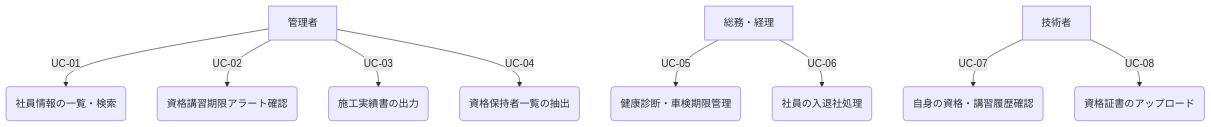
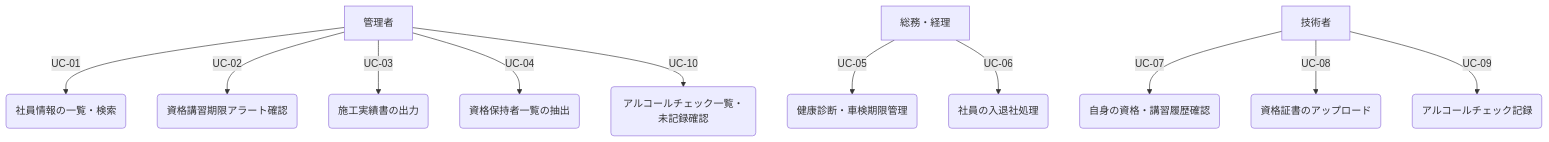
One commit to ayuuum/shinetsu-hochi-system changed the first of 6 diagrams in detailed_prd.md. Above: the diagram before and after it, drawn with Mermaid. The commit also changed other lines of this file and 110 other files, not shown here.

````diff
--- a/detailed_prd.md
+++ b/detailed_prd.md
@@ -51,13 +58,16 @@
 ```mermaid
 graph TD
     A[管理者] -->|UC-01| B(社員情報の一覧・検索)
     A -->|UC-02| C(資格講習期限アラート確認)
     A -->|UC-03| D(施工実績書の出力)
     A -->|UC-04| E(資格保持者一覧の抽出)
     
     F[総務・経理] -->|UC-05| G(健康診断・車検期限管理)
     F -->|UC-06| H(社員の入退社処理)
     
     J[技術者] -->|UC-07| K(自身の資格・講習履歴確認)
     J -->|UC-08| L(資格証書のアップロード)
+    J -->|UC-09| M(アルコールチェック記録)
+
+    A -->|UC-10| N(アルコールチェック一覧・未記録確認)
 ```
````
